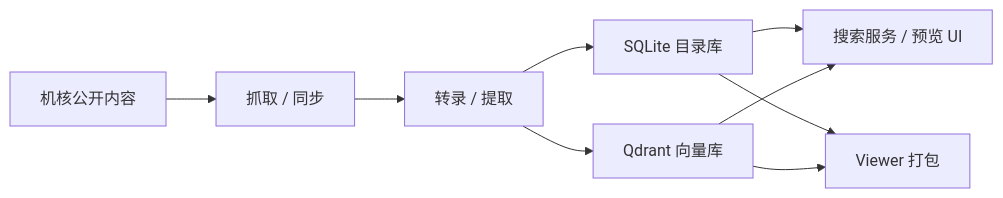
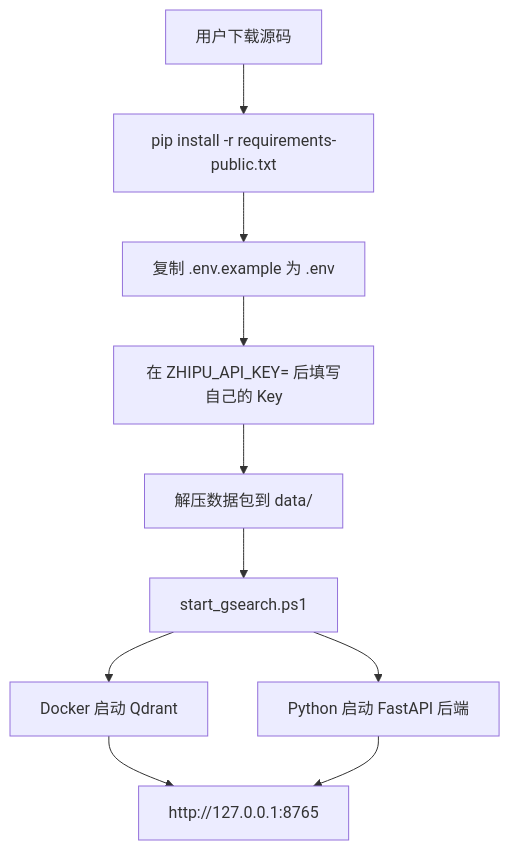
Before and after one commit to jlmaoju/g-search: the first of 2 diagrams in README.md, drawn with Mermaid. The commit also changed other lines of this file and 14 other files, not shown here.

````diff
--- a/README.md
+++ b/README.md
@@ -17,11 +161,12 @@
 ```mermaid
-flowchart LR
-    A["机核公开内容"] --> B["抓取 / 同步"]
-    B --> C["转录 / 提取"]
-    C --> D["SQLite 目录库"]
-    C --> E["Qdrant 向量库"]
-    D --> F["搜索服务 / 预览 UI"]
-    E --> F
-    D --> G["Viewer 打包"]
-    E --> G
+flowchart TD
+    A["用户下载源码"] --> B["pip install -r requirements-public.txt"]
+    B --> C["复制 .env.example 为 .env"]
+    C --> D["在 ZHIPU_API_KEY= 后填写自己的 Key"]
+    D --> E["解压数据包到 data/"]
+    E --> F["start_gsearch.ps1"]
+    F --> G["Docker 启动 Qdrant"]
+    F --> H["Python 启动 FastAPI 后端"]
+    G --> I["http://127.0.0.1:8765"]
+    H --> I
 ```
````
